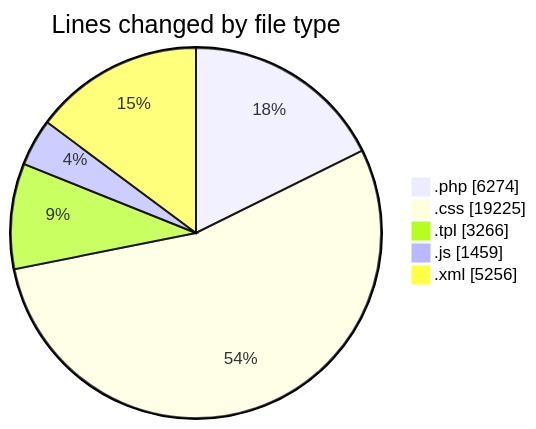
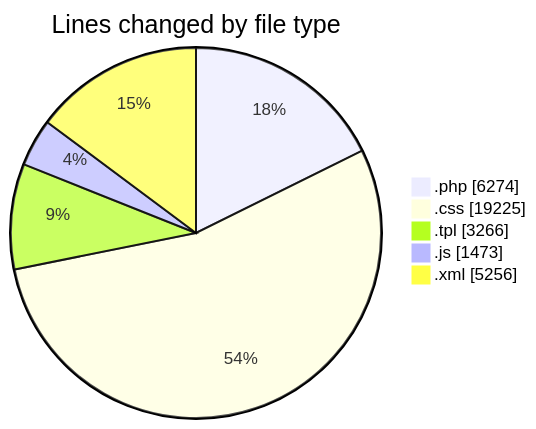
Before and after one commit to vahidmafi/code-tracking: the first of 2 diagrams in 2025-03-23/zeytoon/README.md, drawn with Mermaid. The commit also changed other lines of this file and 1 other file, not shown here.

````diff
--- a/2025-03-23/zeytoon/README.md
+++ b/2025-03-23/zeytoon/README.md
@@ -33,9 +33,9 @@
 ```mermaid
 pie showData
 title Lines changed by file type
 ".php" : 6274
 ".css" : 19225
 ".tpl" : 3266
-".js" : 1459
+".js" : 1473
 ".xml" : 5256
 ```
````
